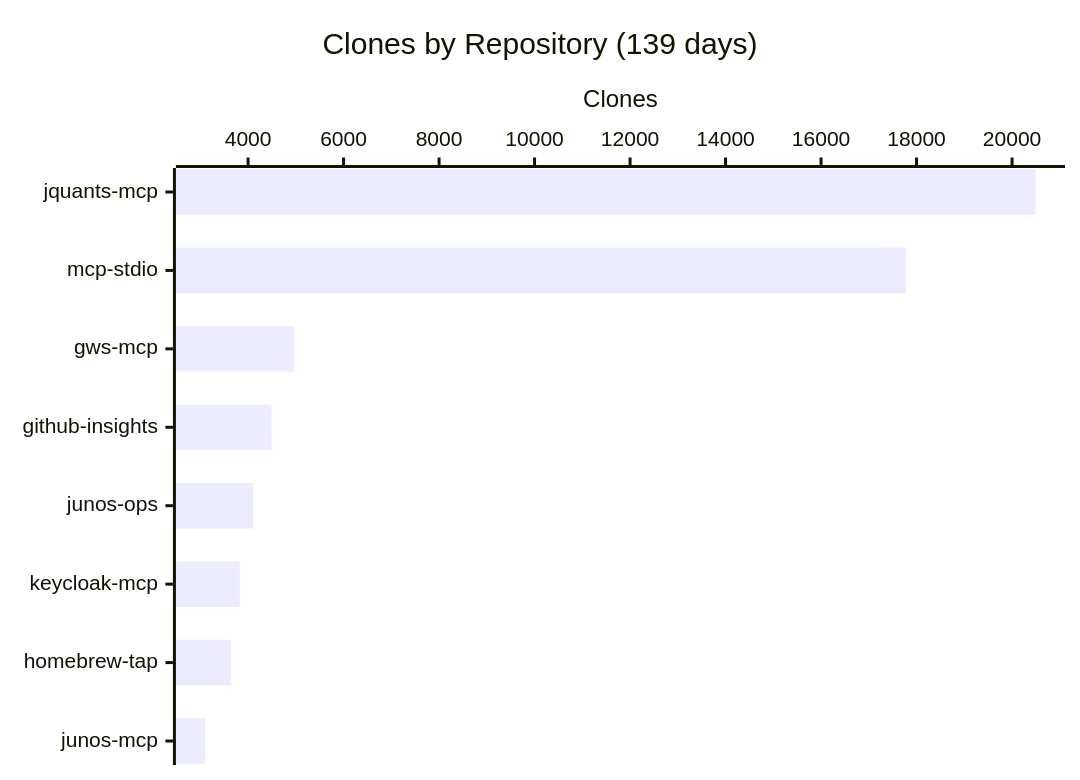
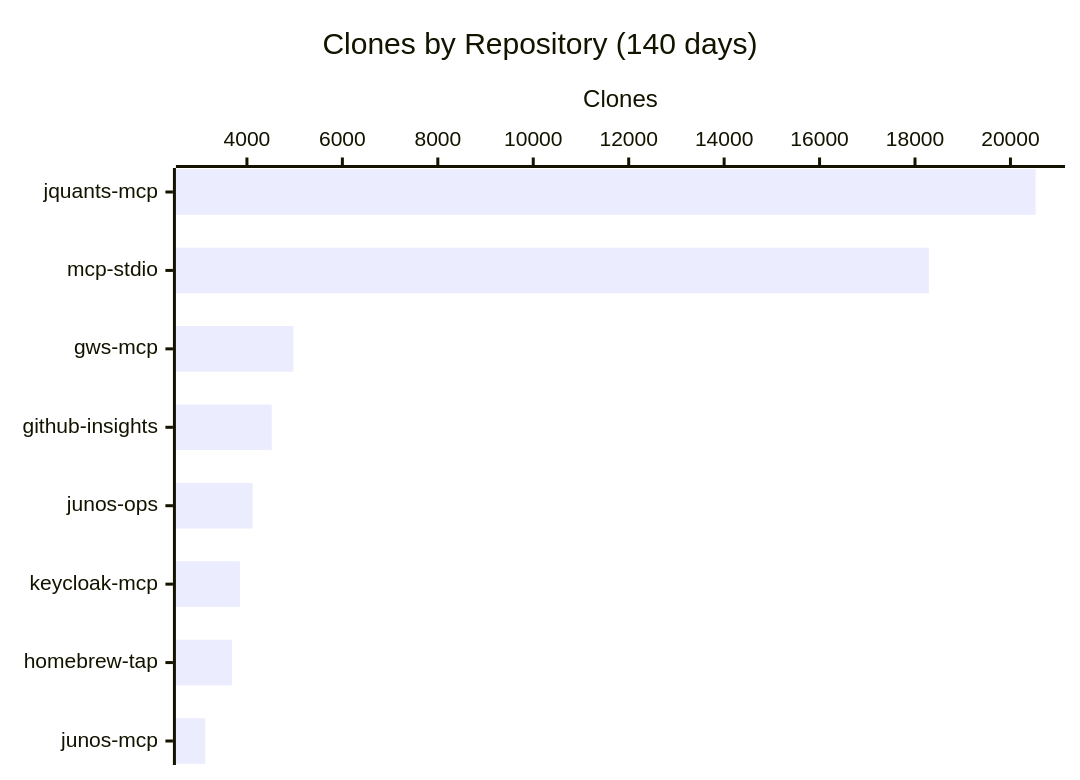
One commit to shigechika/github-insights changed the fourth of 4 diagrams in README.md. Above: the diagram before and after it, drawn with Mermaid. The commit also changed other lines of this file and 2 other files, not shown here.

````diff
--- a/README.md
+++ b/README.md
@@ -58,7 +58,7 @@
 ```mermaid
 xychart-beta horizontal
-    title "Clones by Repository (139 days)"
+    title "Clones by Repository (140 days)"
     x-axis ["jquants-mcp", "mcp-stdio", "gws-mcp", "github-insights", "junos-ops", "keycloak-mcp", "homebrew-tap", "junos-mcp"]
     y-axis "Clones"
-    bar [20494, 17777, 4973, 4491, 4106, 3826, 3644, 3104]
+    bar [20528, 18292, 4975, 4519, 4121, 3853, 3688, 3127]
 ```
````
